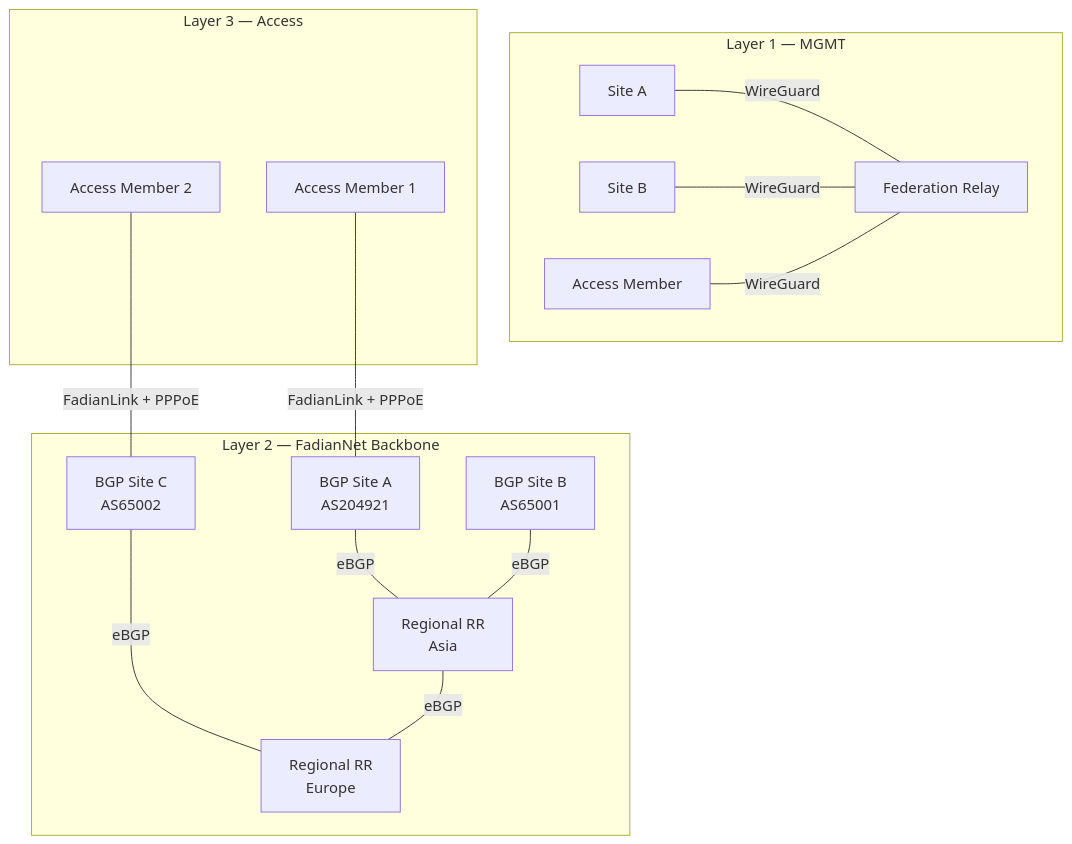
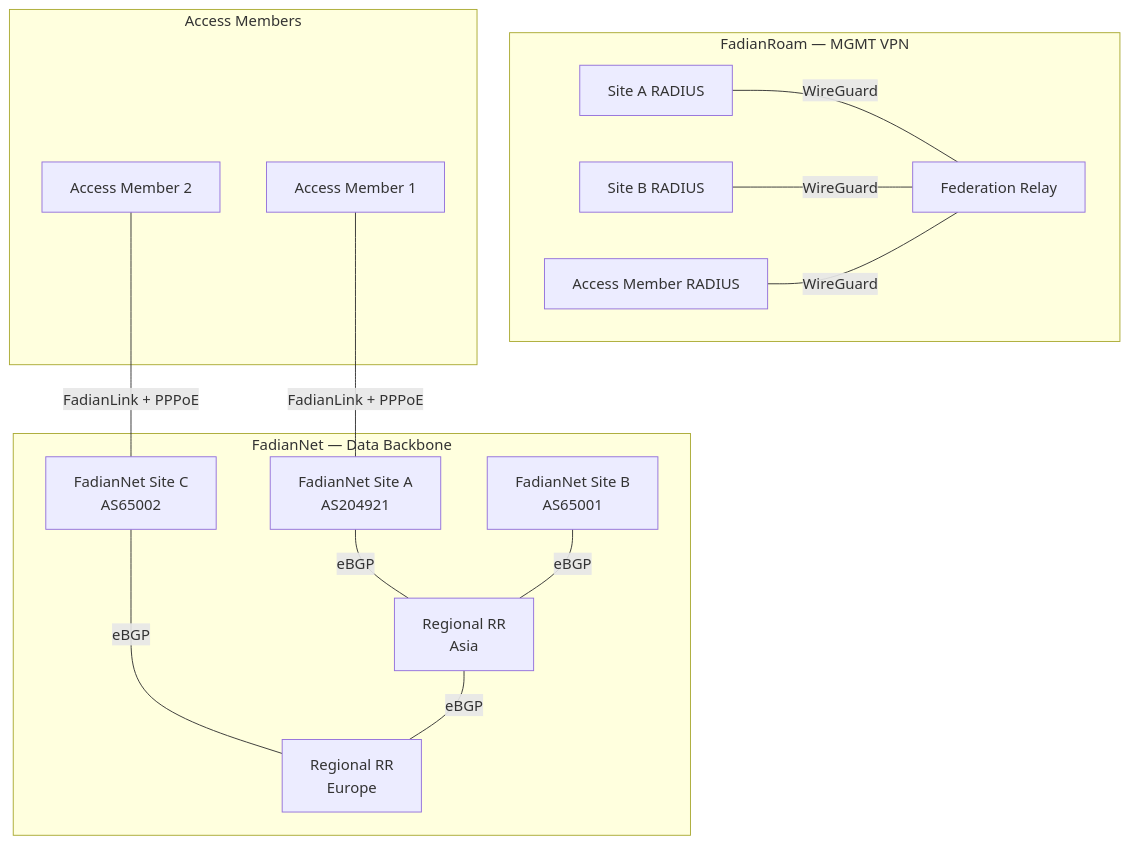
One commit to FadianRoam/fadianroam-blueprint changed the second of 2 diagrams in docs/architecture/network.md. Above: the diagram before and after it, drawn with Mermaid. The commit also changed other lines of this file and 1 other file, not shown here.

````diff
--- a/docs/architecture/network.md
+++ b/docs/architecture/network.md
@@ -7,20 +33,20 @@
 ```mermaid
 graph TB
-    subgraph "Layer 1 — MGMT"
-        R_A[Site A] ---|WireGuard| RELAY[Federation Relay]
-        R_B[Site B] ---|WireGuard| RELAY
-        R_C[Access Member] ---|WireGuard| RELAY
+    subgraph "FadianRoam — MGMT VPN"
+        R_A[Site A RADIUS] ---|WireGuard| RELAY[Federation Relay]
+        R_B[Site B RADIUS] ---|WireGuard| RELAY
+        R_C[Access Member RADIUS] ---|WireGuard| RELAY
     end
 
-    subgraph "Layer 2 — FadianNet Backbone"
-        F_A[BGP Site A<br/>AS204921] ---|eBGP| RR1[Regional RR<br/>Asia]
-        F_B[BGP Site B<br/>AS65001] ---|eBGP| RR1
-        F_C[BGP Site C<br/>AS65002] ---|eBGP| RR2[Regional RR<br/>Europe]
+    subgraph "FadianNet — Data Backbone"
+        F_A[FadianNet Site A<br/>AS204921] ---|eBGP| RR1[Regional RR<br/>Asia]
+        F_B[FadianNet Site B<br/>AS65001] ---|eBGP| RR1
+        F_C[FadianNet Site C<br/>AS65002] ---|eBGP| RR2[Regional RR<br/>Europe]
         RR1 ---|eBGP| RR2
     end
 
-    subgraph "Layer 3 — Access"
+    subgraph "Access Members"
         ACC1[Access Member 1] ---|FadianLink + PPPoE| F_A
         ACC2[Access Member 2] ---|FadianLink + PPPoE| F_C
     end
 ```
````
